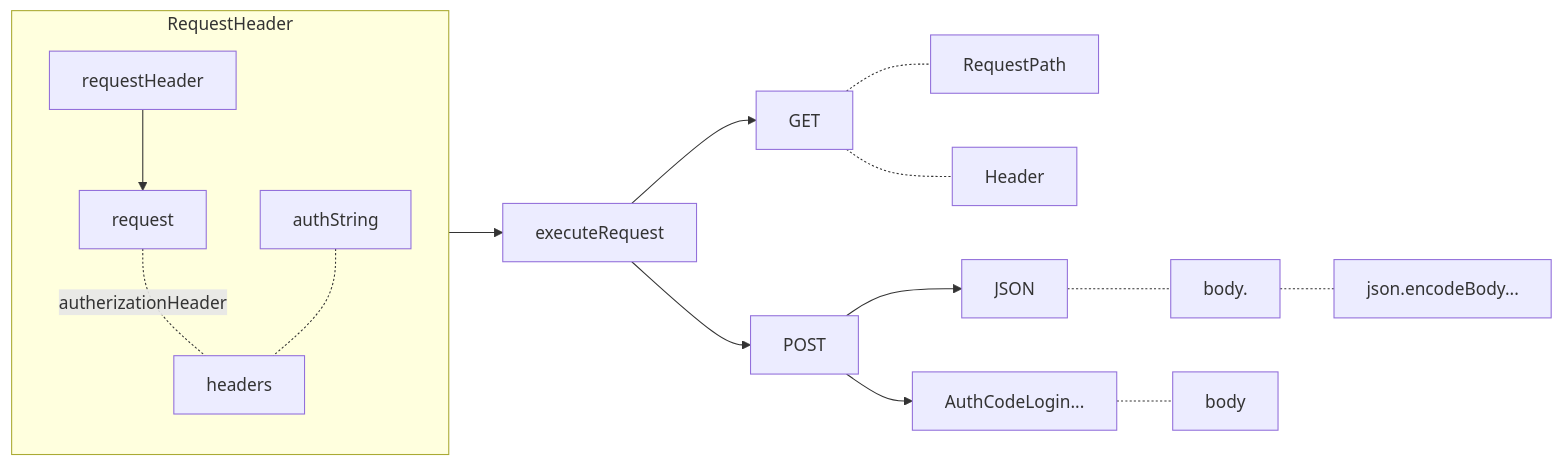
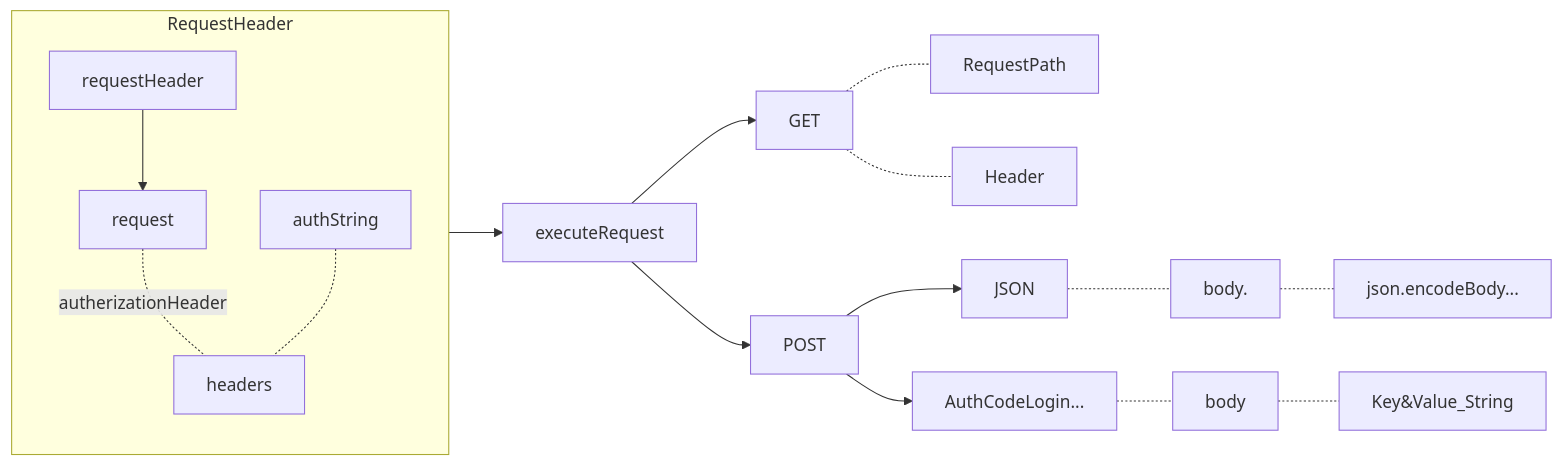
The fifth of 7 diagrams in newage/astro.md (gordianknotC/nxp_note), drawn with Mermaid before and after one commit. The commit also changed other lines of this file, not shown here.

````diff
--- a/newage/astro.md
+++ b/newage/astro.md
@@ -66,24 +66,25 @@
 ```mermaid
 graph LR
 	subgraph RequestHeader
 	request -.-|autherizationHeader| headers
 	authString -.- headers
 	requestHeader --> request
 end
 
 RequestHeader --> executeRequest  
 executeRequest --> GET
 executeRequest --> POST
 
 GET -.- RequestPath
 GET -.- Header
 
 POST --> JSON
 JSON -.- body.
 body. -.- json.encodeBody...
 POST --> AuthCodeLogin...
 AuthCodeLogin... -.- body
+body -.- Key&Value_String
 
 
 
 ```
````
